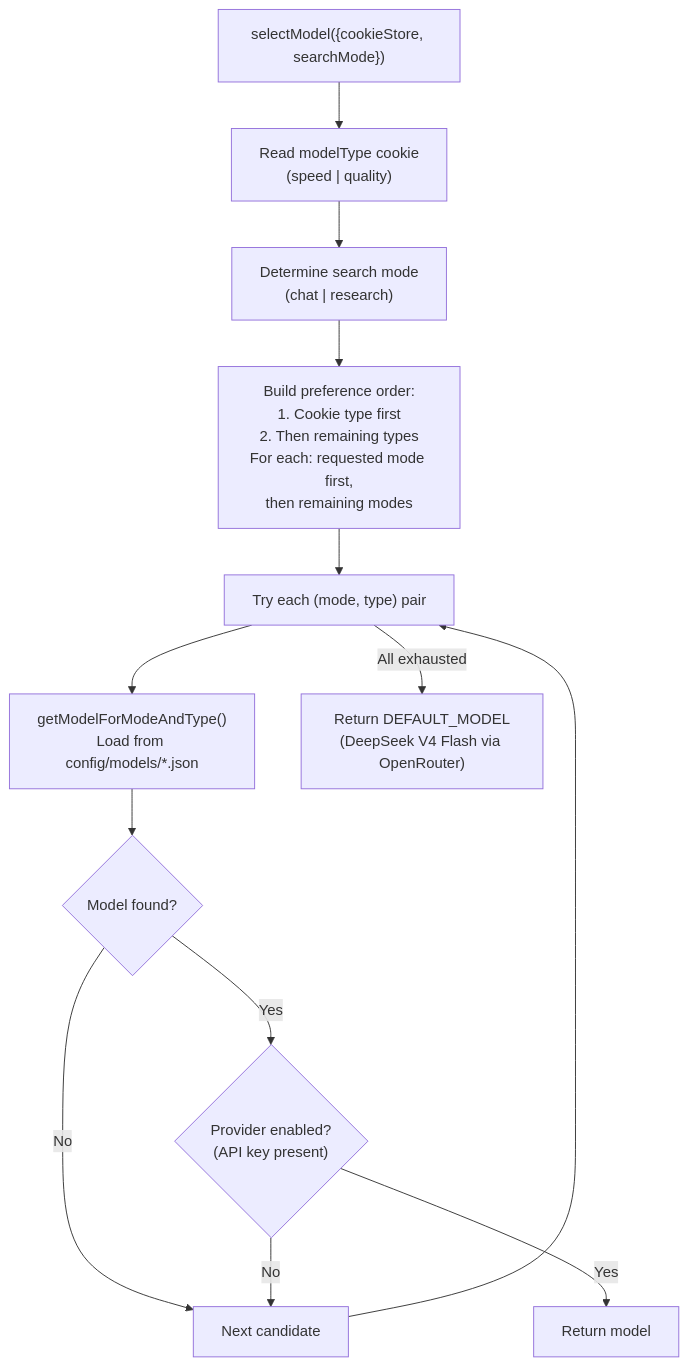
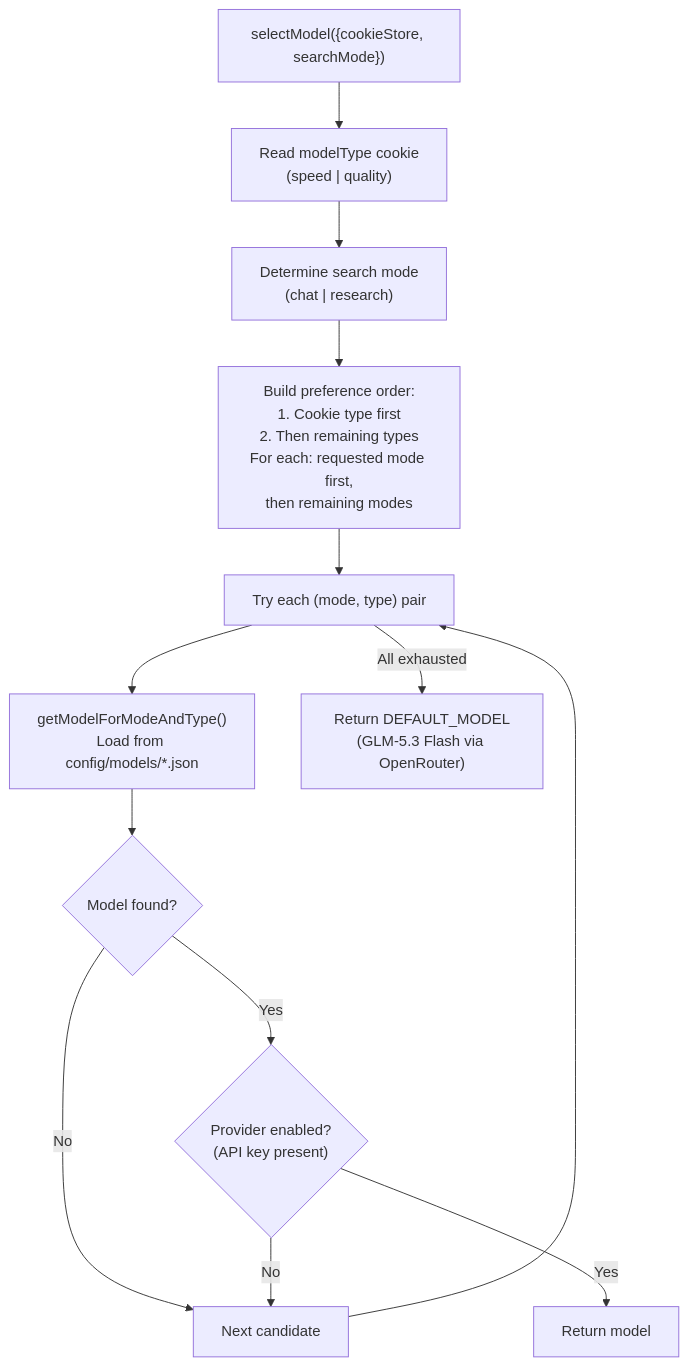
The diagram in docs/architecture/RESEARCH-AGENT-MODELS-CONTEXT.md (NickB03/polymorph), drawn with Mermaid before and after one commit. The commit also changed other lines of this file and 27 other files, not shown here.

First line of the commit message:
feat(models): refresh default models to GLM-5.3-Flash / GLM-5.3 (#269)

````diff
--- a/docs/architecture/RESEARCH-AGENT-MODELS-CONTEXT.md
+++ b/docs/architecture/RESEARCH-AGENT-MODELS-CONTEXT.md
@@ -12,23 +12,23 @@
 ```mermaid
 flowchart TD
     Start["selectModel({cookieStore, searchMode})"]
     ReadType["Read modelType cookie<br/>(speed | quality)"]
     ReadMode["Determine search mode<br/>(chat | research)"]
     BuildOrder["Build preference order:<br/>1. Cookie type first<br/>2. Then remaining types<br/>For each: requested mode first,<br/>then remaining modes"]
 
     Loop["Try each (mode, type) pair"]
     LoadJSON["getModelForModeAndType()<br/>Load from config/models/*.json"]
     Found{"Model found?"}
     Enabled{"Provider enabled?<br/>(API key present)"}
     Return["Return model"]
     Next["Next candidate"]
-    Default["Return DEFAULT_MODEL<br/>(DeepSeek V4 Flash via OpenRouter)"]
+    Default["Return DEFAULT_MODEL<br/>(GLM-5.3 Flash via OpenRouter)"]
 
     Start --> ReadType --> ReadMode --> BuildOrder --> Loop
     Loop --> LoadJSON --> Found
     Found -->|No| Next
     Found -->|Yes| Enabled
     Enabled -->|No| Next --> Loop
     Enabled -->|Yes| Return
     Loop -->|"All exhausted"| Default
 ```
````
